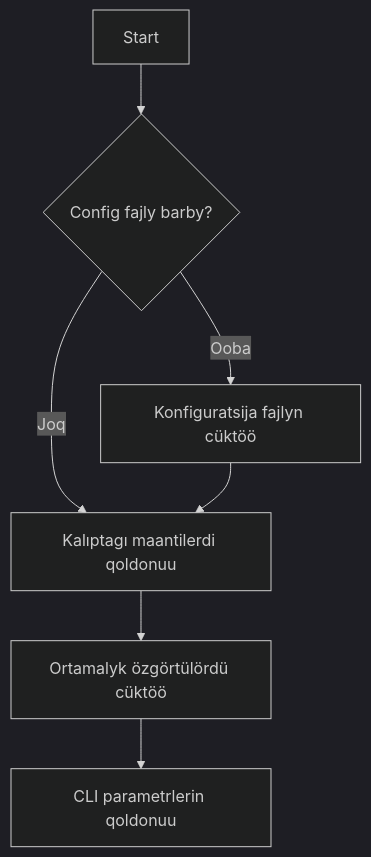
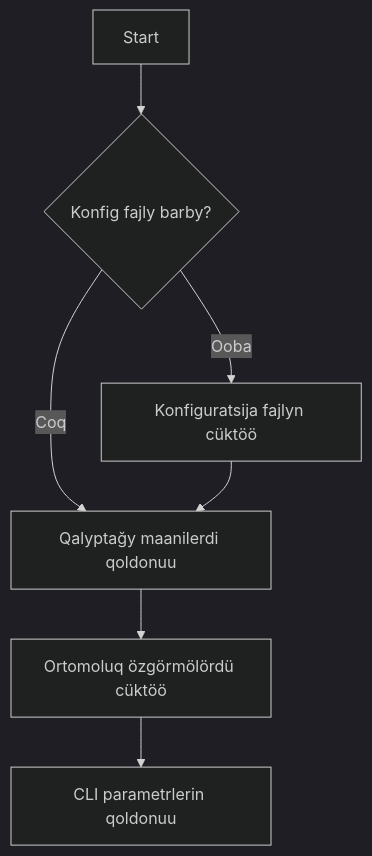
The first of 2 diagrams in docs/qy/readme.md (sultaniman/kpow), drawn with Mermaid (dark theme) before and after one commit. The commit also changed other lines of this file and 17 other files, not shown here.

````diff
--- a/docs/qy/readme.md
+++ b/docs/qy/readme.md
@@ -52,9 +52,9 @@
 ```mermaid
 flowchart TD
-    A[Start] --> B{Config fajly barby?}
+    A[Start] --> B{Konfig fajly barby?}
     B -- Ooba --> C[Konfiguratsija fajlyn cüktöö]
-    B -- Joq --> D[Kalıptagı maantilerdi qoldonuu]
+    B -- Coq --> D[Qalyptağy maanilerdi qoldonuu]
     C --> D
-    D --> E[Ortamalyk özgörtülördü cüktöö]
+    D --> E[Ortomoluq özgörmölördü cüktöö]
     E --> F[CLI parametrlerin qoldonuu]
 ```
````
